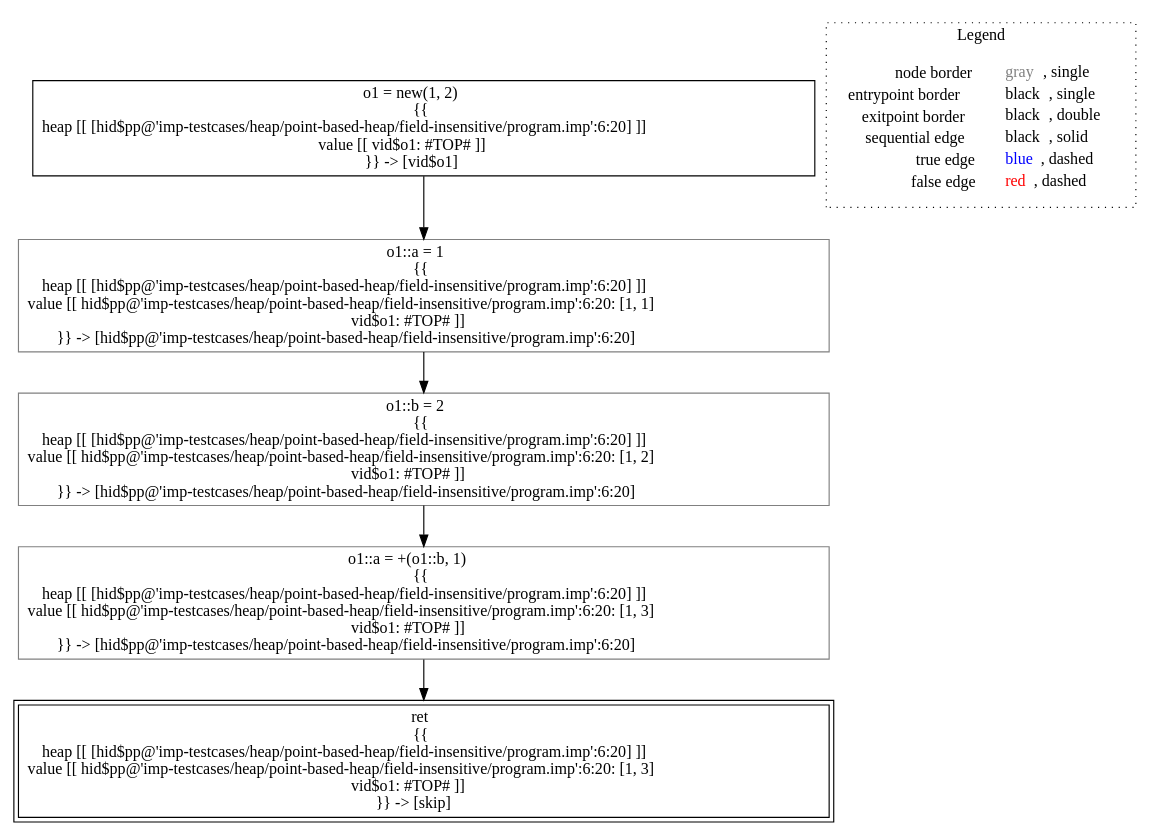
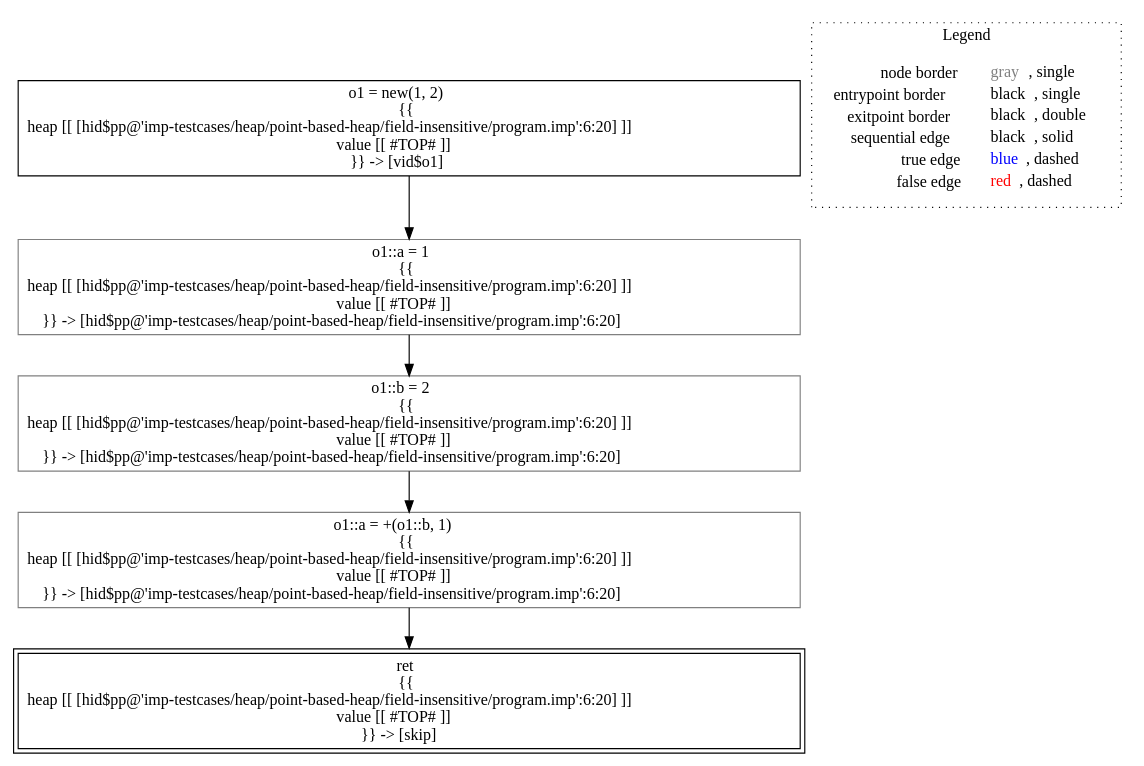
The diagram in lisa/imp-testcases/heap/point-based-heap/field-insensitive/analysis___untyped_A.f1(A_this).dot (lisa-analyzer/lisa), drawn with Graphviz before and after one commit. The commit also changed 15 other files, not shown here.

Commit message:
restored old point-based heap, canProcess method for non relational domains

```diff
--- a/lisa/imp-testcases/heap/point-based-heap/field-insensitive/analysis___untyped_A.f1(A_this).dot
+++ b/lisa/imp-testcases/heap/point-based-heap/field-insensitive/analysis___untyped_A.f1(A_this).dot
@@ -1,18 +1,18 @@
 digraph {
-	"node0" [shape="rect",color="black",label=<o1 = new(1, 2)<BR/>{{<BR/>heap [[ [hid$pp@'imp-testcases/heap/point-based-heap/field-insensitive/program.imp':6:20] ]]<BR/>value [[ vid$o1: #TOP# ]]<BR/>}} -&gt; [vid$o1]>];
-	"node1" [shape="rect",color="gray",label=<o1::a = 1<BR/>{{<BR/>heap [[ [hid$pp@'imp-testcases/heap/point-based-heap/field-insensitive/program.imp':6:20] ]]<BR/>value [[ hid$pp@'imp-testcases/heap/point-based-heap/field-insensitive/program.imp':6:20: [1, 1]<BR/>vid$o1: #TOP# ]]<BR/>}} -&gt; [hid$pp@'imp-testcases/heap/point-based-heap/field-insensitive/program.imp':6:20]>];
-	"node2" [shape="rect",color="black",peripheries="2",label=<ret<BR/>{{<BR/>heap [[ [hid$pp@'imp-testcases/heap/point-based-heap/field-insensitive/program.imp':6:20] ]]<BR/>value [[ hid$pp@'imp-testcases/heap/point-based-heap/field-insensitive/program.imp':6:20: [1, 3]<BR/>vid$o1: #TOP# ]]<BR/>}} -&gt; [skip]>];
-	"node3" [shape="rect",color="gray",label=<o1::b = 2<BR/>{{<BR/>heap [[ [hid$pp@'imp-testcases/heap/point-based-heap/field-insensitive/program.imp':6:20] ]]<BR/>value [[ hid$pp@'imp-testcases/heap/point-based-heap/field-insensitive/program.imp':6:20: [1, 2]<BR/>vid$o1: #TOP# ]]<BR/>}} -&gt; [hid$pp@'imp-testcases/heap/point-based-heap/field-insensitive/program.imp':6:20]>];
-	"node4" [shape="rect",color="gray",label=<o1::a = +(o1::b, 1)<BR/>{{<BR/>heap [[ [hid$pp@'imp-testcases/heap/point-based-heap/field-insensitive/program.imp':6:20] ]]<BR/>value [[ hid$pp@'imp-testcases/heap/point-based-heap/field-insensitive/program.imp':6:20: [1, 3]<BR/>vid$o1: #TOP# ]]<BR/>}} -&gt; [hid$pp@'imp-testcases/heap/point-based-heap/field-insensitive/program.imp':6:20]>];
-	"node0" -> "node1" [color="black"];
-	"node1" -> "node3" [color="black"];
-	"node3" -> "node4" [color="black"];
-	"node4" -> "node2" [color="black"];
+	"node0" [shape="rect",color="black",label=<o1 = new(1, 2)<BR/>{{<BR/>heap [[ [hid$pp@'imp-testcases/heap/point-based-heap/field-insensitive/program.imp':6:20] ]]<BR/>value [[ #TOP# ]]<BR/>}} -&gt; [vid$o1]>];
+	"node1" [shape="rect",color="gray",label=<o1::b = 2<BR/>{{<BR/>heap [[ [hid$pp@'imp-testcases/heap/point-based-heap/field-insensitive/program.imp':6:20] ]]<BR/>value [[ #TOP# ]]<BR/>}} -&gt; [hid$pp@'imp-testcases/heap/point-based-heap/field-insensitive/program.imp':6:20]>];
+	"node2" [shape="rect",color="gray",label=<o1::a = +(o1::b, 1)<BR/>{{<BR/>heap [[ [hid$pp@'imp-testcases/heap/point-based-heap/field-insensitive/program.imp':6:20] ]]<BR/>value [[ #TOP# ]]<BR/>}} -&gt; [hid$pp@'imp-testcases/heap/point-based-heap/field-insensitive/program.imp':6:20]>];
+	"node3" [shape="rect",color="black",peripheries="2",label=<ret<BR/>{{<BR/>heap [[ [hid$pp@'imp-testcases/heap/point-based-heap/field-insensitive/program.imp':6:20] ]]<BR/>value [[ #TOP# ]]<BR/>}} -&gt; [skip]>];
+	"node4" [shape="rect",color="gray",label=<o1::a = 1<BR/>{{<BR/>heap [[ [hid$pp@'imp-testcases/heap/point-based-heap/field-insensitive/program.imp':6:20] ]]<BR/>value [[ #TOP# ]]<BR/>}} -&gt; [hid$pp@'imp-testcases/heap/point-based-heap/field-insensitive/program.imp':6:20]>];
+	"node0" -> "node4" [color="black"];
+	"node1" -> "node2" [color="black"];
+	"node2" -> "node3" [color="black"];
+	"node4" -> "node1" [color="black"];
 subgraph cluster_legend {
 	label="Legend";
 	style=dotted;
 	node [shape=plaintext];
 	"legend" [label=<<table border="0" cellpadding="2" cellspacing="0" cellborder="0"><tr><td align="right">node border&nbsp;</td><td align="left"><font color="gray">gray</font>, single</td></tr><tr><td align="right">entrypoint border&nbsp;</td><td align="left"><font color="black">black</font>, single</td></tr><tr><td align="right">exitpoint border&nbsp;</td><td align="left"><font color="black">black</font>, double</td></tr><tr><td align="right">sequential edge&nbsp;</td><td align="left"><font color="black">black</font>, solid</td></tr><tr><td align="right">true edge&nbsp;</td><td align="left"><font color="blue">blue</font>, dashed</td></tr><tr><td align="right">false edge&nbsp;</td><td align="left"><font color="red">red</font>, dashed</td></tr></table>>];
 }
 
 }
```
